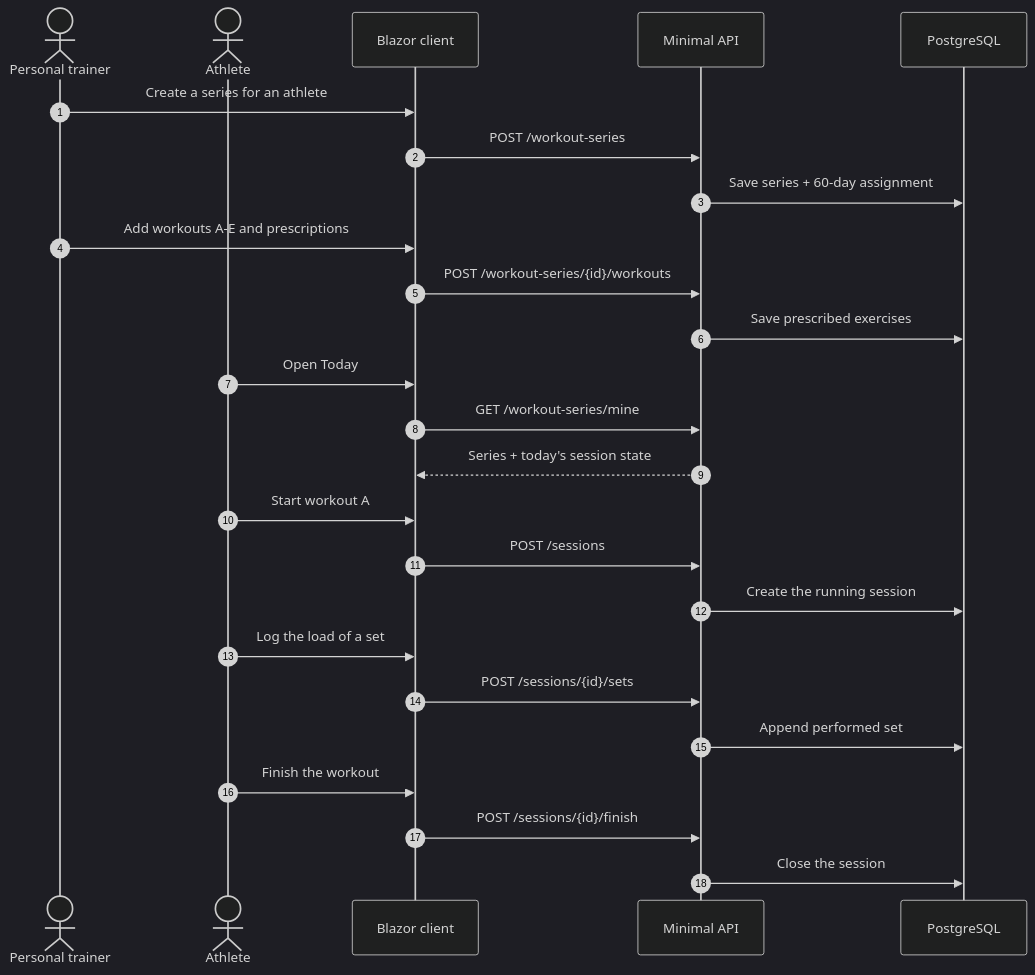
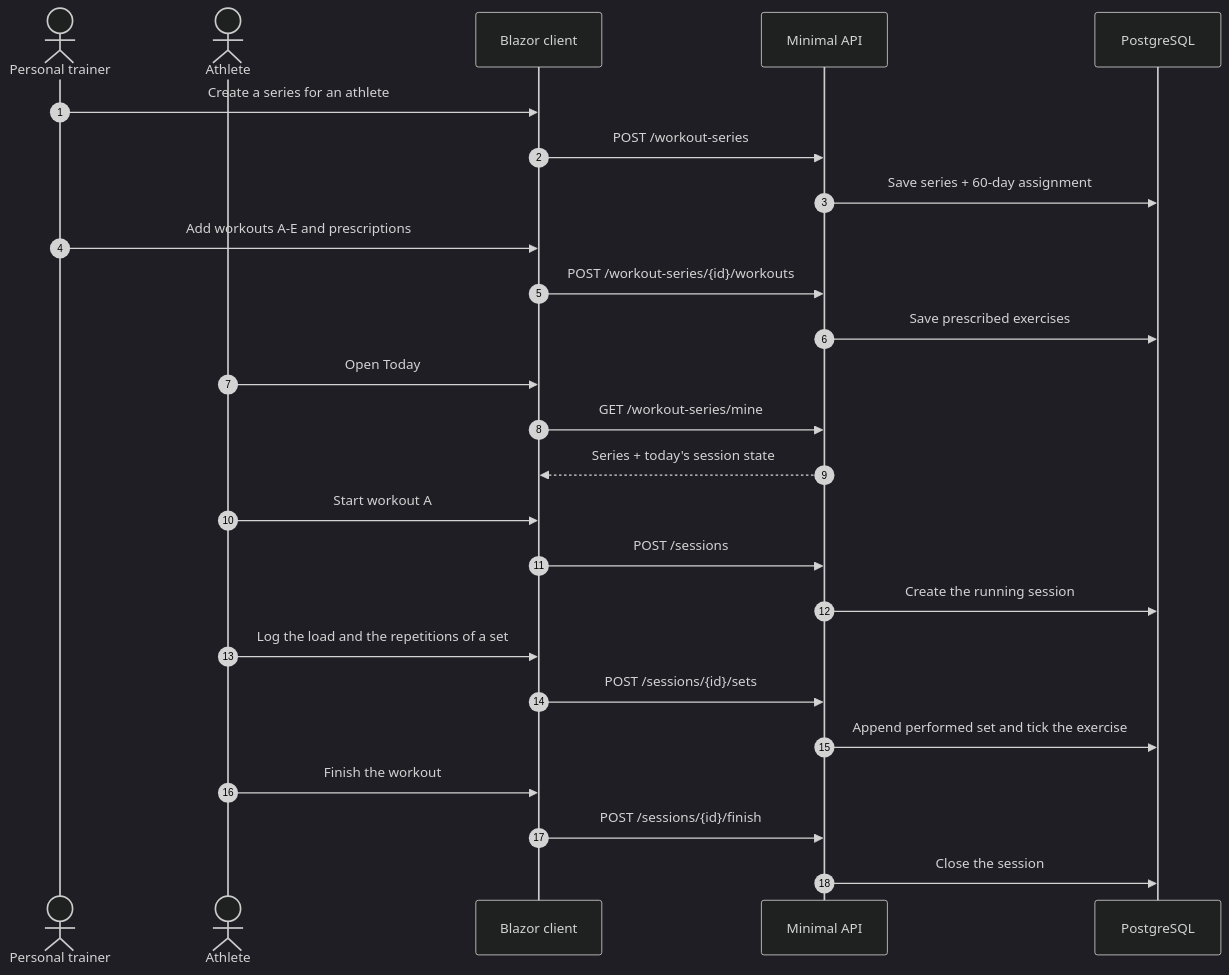
One commit to claudiovolnei/fit-track changed the fourth of 4 diagrams in README.md. Above: the diagram before and after it, drawn with Mermaid (dark theme). The commit also changed other lines of this file and 65 other files, not shown here.

````diff
--- a/README.md
+++ b/README.md
@@ -177,28 +185,28 @@
 ```mermaid
 sequenceDiagram
     autonumber
     actor T as Personal trainer
     actor A as Athlete
     participant SPA as Blazor client
     participant API as Minimal API
     participant DB as PostgreSQL
 
     T->>SPA: Create a series for an athlete
     SPA->>API: POST /workout-series
     API->>DB: Save series + 60-day assignment
     T->>SPA: Add workouts A-E and prescriptions
     SPA->>API: POST /workout-series/{id}/workouts
     API->>DB: Save prescribed exercises
     A->>SPA: Open Today
     SPA->>API: GET /workout-series/mine
     API-->>SPA: Series + today's session state
     A->>SPA: Start workout A
     SPA->>API: POST /sessions
     API->>DB: Create the running session
-    A->>SPA: Log the load of a set
+    A->>SPA: Log the load and the repetitions of a set
     SPA->>API: POST /sessions/{id}/sets
-    API->>DB: Append performed set
+    API->>DB: Append performed set and tick the exercise
     A->>SPA: Finish the workout
     SPA->>API: POST /sessions/{id}/finish
     API->>DB: Close the session
 ```
````
